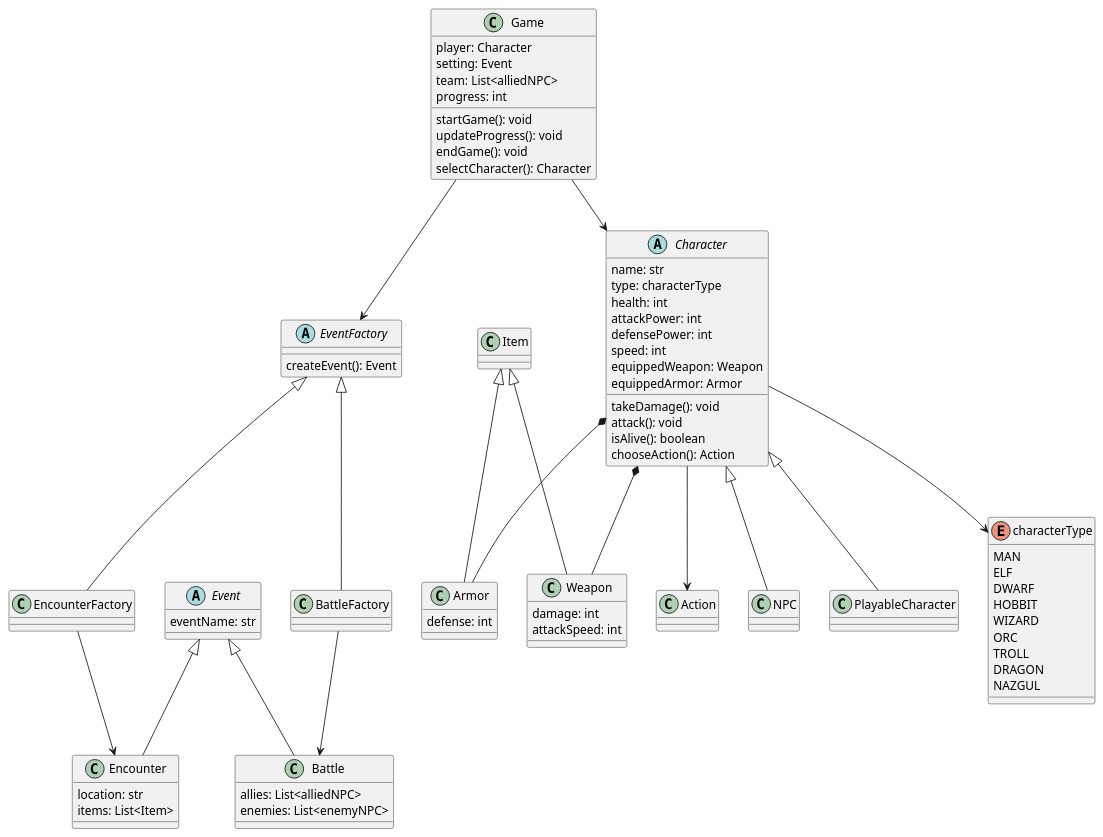
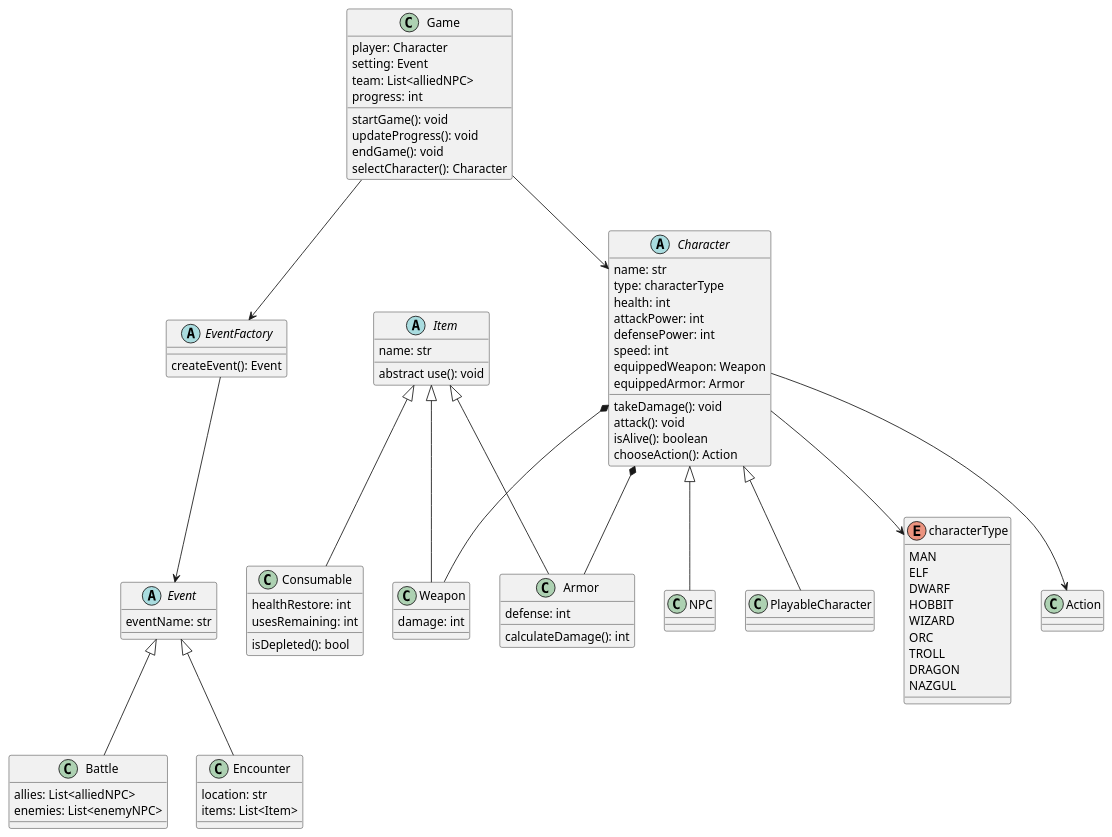
One commit to usd-comp-305/project-04-sandra-jack-sawyer changed the diagram in project-design.puml. Above: the diagram before and after it, drawn with PlantUML. The commit also changed 4 other files, not shown here.

Commit message:
chore: updated project-design uml and changed use method paramter to type PlayableCharacter

```diff
--- a/project-design.puml
+++ b/project-design.puml
@@ -1,107 +1,108 @@
 @startuml
 'https://plantuml.com/class-diagram
 
 abstract class Character {
     name: str
     type: characterType
     health: int
     attackPower: int
     defensePower: int
     speed: int
     equippedWeapon: Weapon
     equippedArmor: Armor
 
     takeDamage(): void
     attack(): void
     isAlive(): boolean
     chooseAction(): Action
 }
 
 class NPC extends Character {
 
 }
 
 class PlayableCharacter extends Character {
 
 }
 
 abstract class EventFactory {
     createEvent(): Event
-}
-
-class BattleFactory extends EventFactory {
-
-}
-
-class EncounterFactory extends EventFactory {
-
 }
 
 abstract class Event {
     eventName: str
 }
 
 class Battle extends Event {
     allies: List<alliedNPC>
     enemies: List<enemyNPC>
 }
 
 class Encounter extends Event{
     location: str
     items: List<Item>
 }
 
 enum characterType {
     MAN
     ELF
     DWARF
     HOBBIT
     WIZARD
     ORC
     TROLL
     DRAGON
     NAZGUL
 }
 
 class Game {
     player: Character
     setting: Event
     team: List<alliedNPC>
     progress: int
 
     startGame(): void
     updateProgress(): void
     endGame(): void
     selectCharacter(): Character
 }
 
-class Item {
+abstract class Item {
+    name: str
 
+    abstract use(): void
 }
 
 class Weapon extends Item {
     damage: int
-    attackSpeed: int
 }
 
 class Armor extends Item {
     defense: int
+
+    calculateDamage(): int
+}
+
+class Consumable extends Item {
+    healthRestore: int
+    usesRemaining: int
+
+    isDepleted(): bool
 }
 
 class Action {
 
 }
 
 
 Game --> EventFactory
 Game --> Character
 
 Character --> characterType
 Character *-- Weapon
 Character *-- Armor
 Character --> Action
 
-BattleFactory --> Battle
-EncounterFactory --> Encounter
+EventFactory --> Event
 
 @enduml
```
